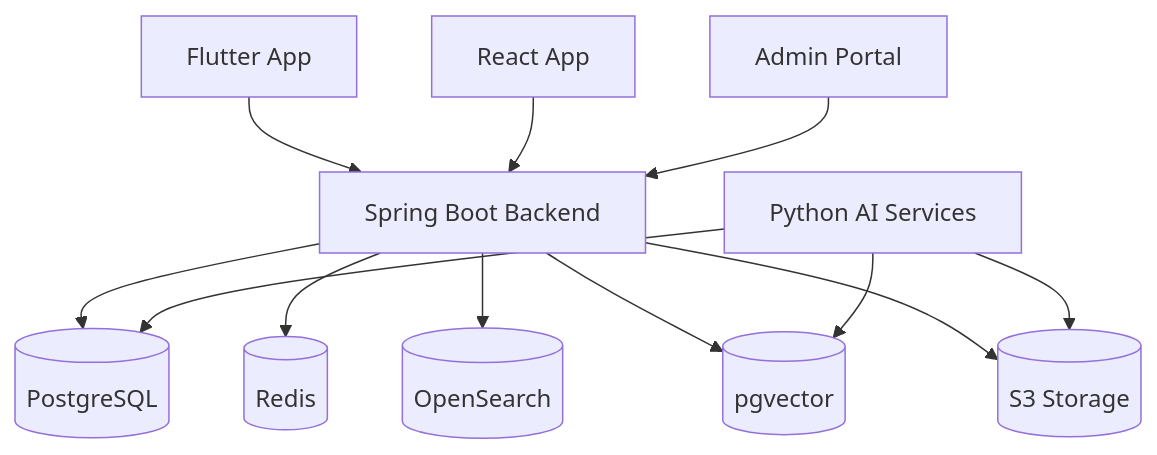
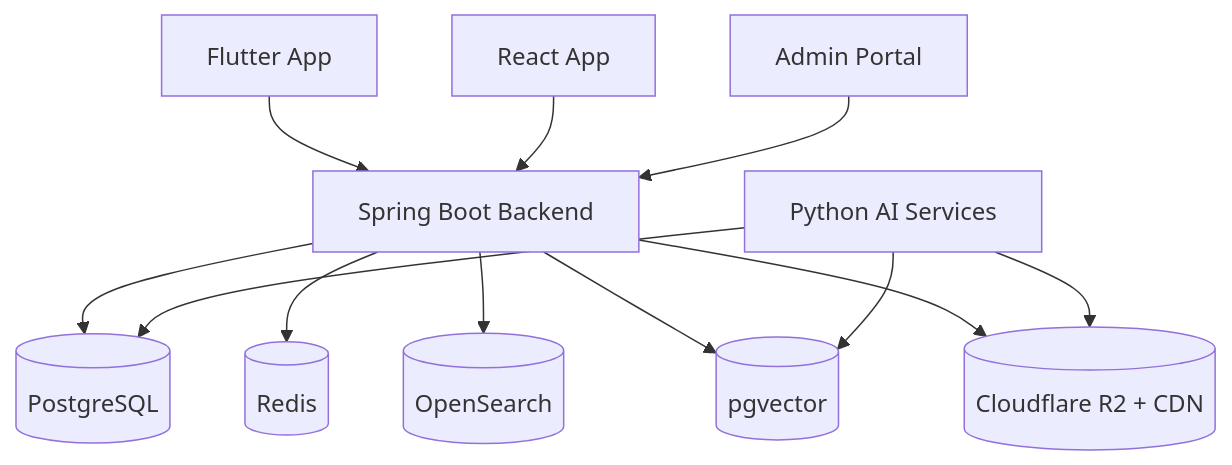
One commit to VSPL-New/Documents changed the first of 2 diagrams in HLD/03-Data-Architecture.md. Above: the diagram before and after it, drawn with Mermaid. The commit also changed other lines of this file and 25 other files, not shown here.

Commit message:
docs: update architecture and organize story documents

````diff
--- a/HLD/03-Data-Architecture.md
+++ b/HLD/03-Data-Architecture.md
@@ -36,29 +36,29 @@
 ```mermaid
 graph TB
 
 Mobile[Flutter App]
 Web[React App]
 Admin[Admin Portal]
 
 Backend[Spring Boot Backend]
 
 Mobile --> Backend
 Web --> Backend
 Admin --> Backend
 
 Backend --> PostgreSQL[(PostgreSQL)]
 
 Backend --> Redis[(Redis)]
 
 Backend --> OpenSearch[(OpenSearch)]
 
 Backend --> VectorDB[(pgvector)]
 
-Backend --> Storage[(S3 Storage)]
+Backend --> Storage[(Cloudflare R2 + CDN)]
 
 AI[Python AI Services]
 
 AI --> VectorDB
 AI --> Storage
 AI --> PostgreSQL
 ```
````
